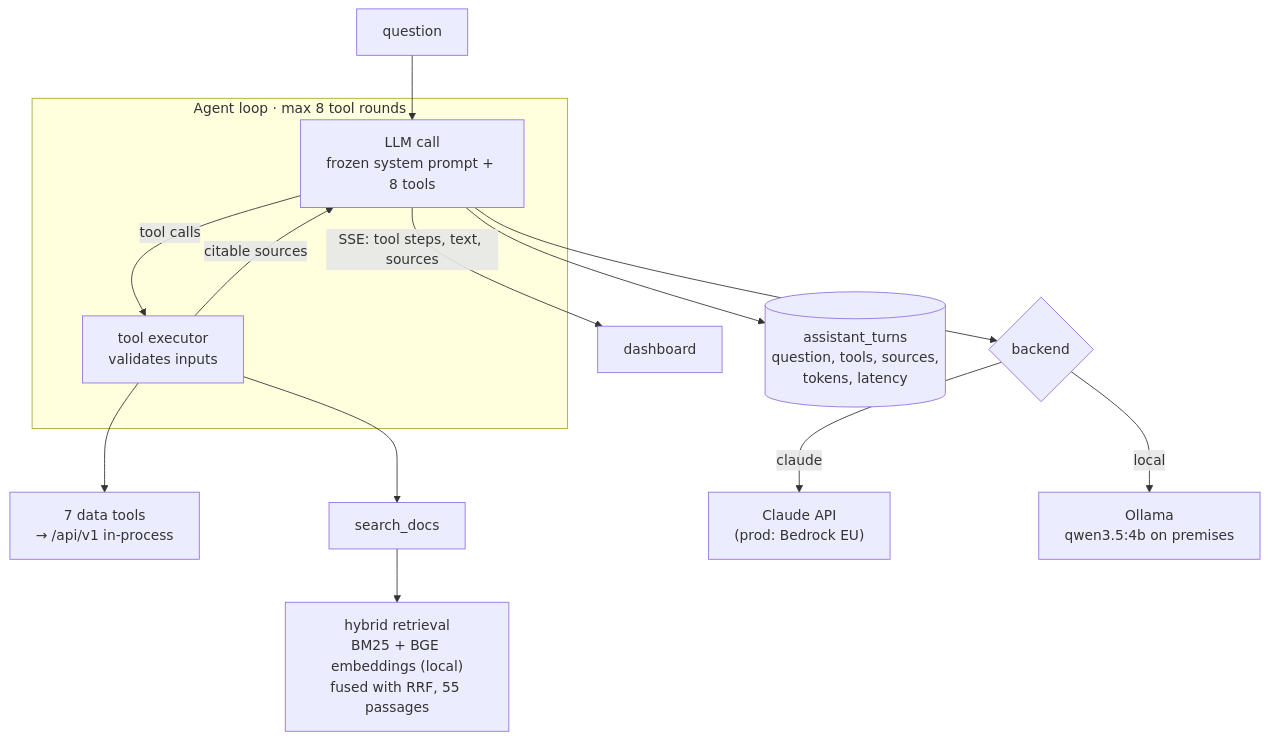
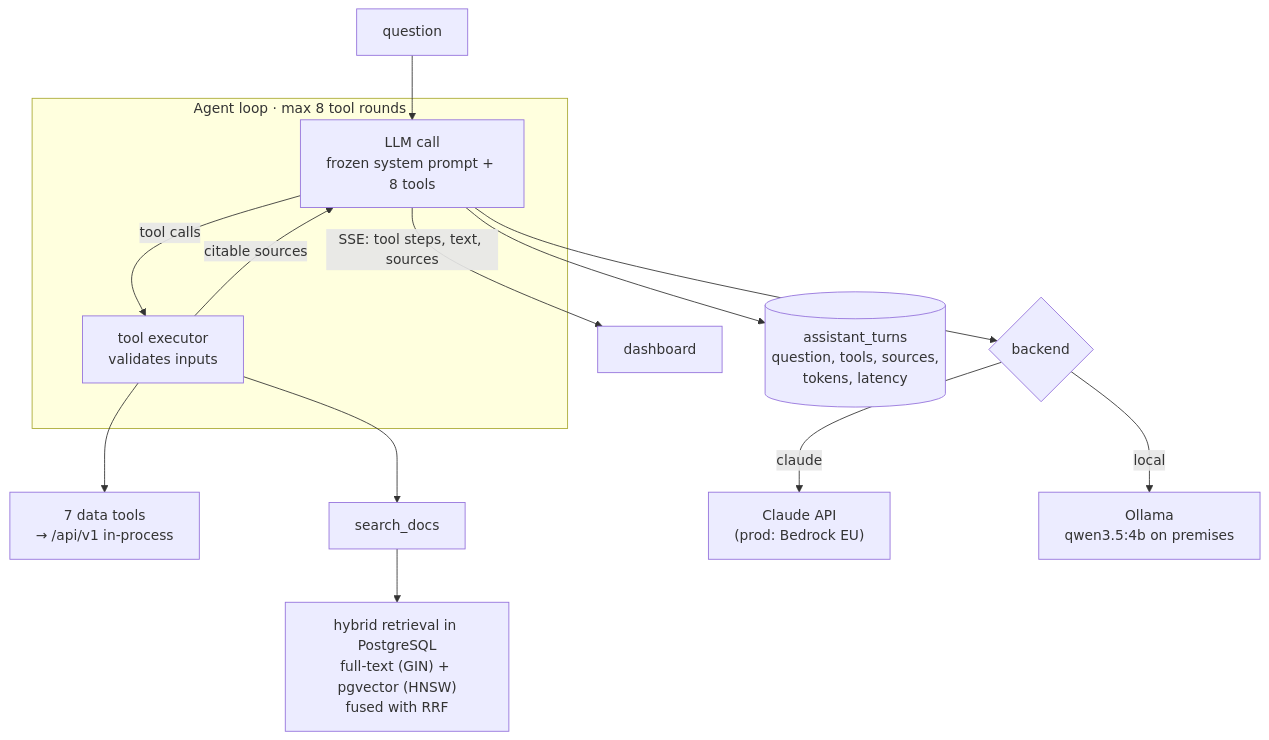
Before and after one commit to ZeeetOne/CochleaHub: the diagram in docs/architecture/07-assistant.md, drawn with Mermaid. The commit also changed other lines of this file and 3 other files, not shown here.

Commit message:
docs: record the PostgreSQL retrieval index (D24)

````diff
--- a/docs/architecture/07-assistant.md
+++ b/docs/architecture/07-assistant.md
@@ -6,16 +6,16 @@
 ```mermaid
 flowchart TB
     Q["question"] --> LOOP
     subgraph agent["Agent loop · max 8 tool rounds"]
         LOOP["LLM call<br/>frozen system prompt + 8 tools"] -->|tool calls| EX["tool executor<br/>validates inputs"]
         EX -->|citable sources| LOOP
     end
     EX --> DATA["7 data tools<br/>→ /api/v1 in-process"]
     EX --> DOCS["search_docs"]
-    DOCS --> HY["hybrid retrieval<br/>BM25 + BGE embeddings (local)<br/>fused with RRF, 55 passages"]
+    DOCS --> HY["hybrid retrieval in PostgreSQL<br/>full-text (GIN) + pgvector (HNSW)<br/>fused with RRF"]
     LOOP --> BK{"backend"}
     BK -->|claude| CL["Claude API<br/>(prod: Bedrock EU)"]
     BK -->|local| OL["Ollama<br/>qwen3.5:4b on premises"]
     LOOP -->|"SSE: tool steps, text, sources"| UI["dashboard"]
     LOOP --> LOG[("assistant_turns<br/>question, tools, sources,<br/>tokens, latency")]
 ```
````
